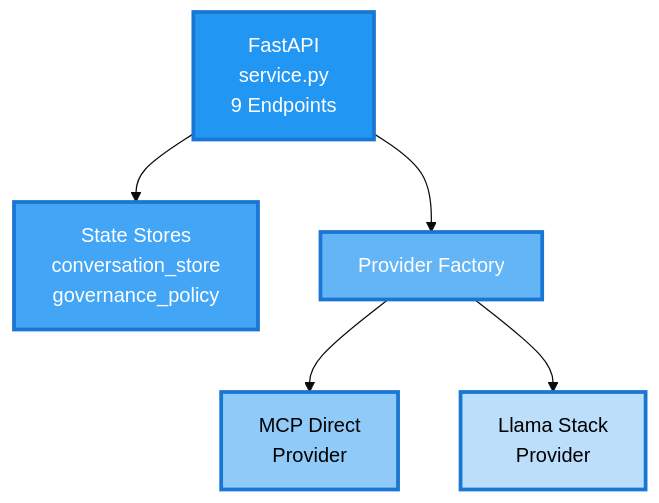
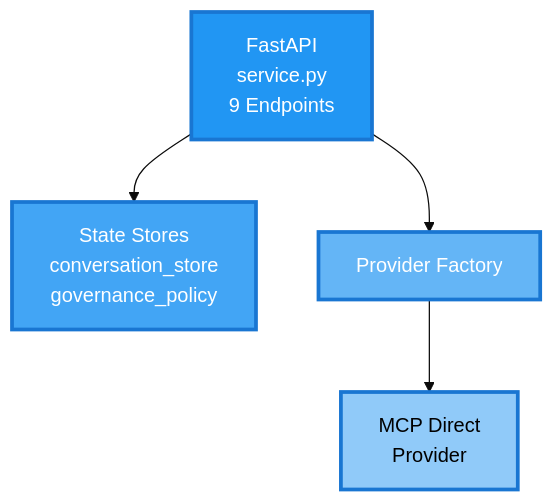
One commit to rh-ai-quickstart/data-governance-co-pilot changed the third of 9 diagrams in docs/ARCHITECTURE.md. Above: the diagram before and after it, drawn with Mermaid. The commit also changed other lines of this file and 33 other files, not shown here.

Commit message:
Remove MinIO; pin pg-airman-mcp to v1.0.0; make cluster builds reproducible; configurable GPU tolerations; drop Llama Stack from docs

````diff
--- a/docs/ARCHITECTURE.md
+++ b/docs/ARCHITECTURE.md
@@ -80,20 +73,17 @@
 ```mermaid
 %%{init: {'theme': 'base', 'themeVariables': { 'fontSize': '16px'}}}%%
 graph TB
     A["FastAPI<br/>service.py<br/>9 Endpoints"]
     B["State Stores<br/>conversation_store<br/>governance_policy"]
     C["Provider Factory"]
     D1["MCP Direct<br/>Provider"]
-    D2["Llama Stack<br/>Provider"]
     
     A --> B
     A --> C
     C --> D1
-    C --> D2
     
     style A fill:#2196F3,stroke:#1976D2,stroke-width:3px,color:#fff
     style B fill:#42A5F5,stroke:#1976D2,stroke-width:3px,color:#fff
     style C fill:#64B5F6,stroke:#1976D2,stroke-width:3px,color:#fff
     style D1 fill:#90CAF9,stroke:#1976D2,stroke-width:3px,color:#000
-    style D2 fill:#BBDEFB,stroke:#1976D2,stroke-width:3px,color:#000
 ```
````
